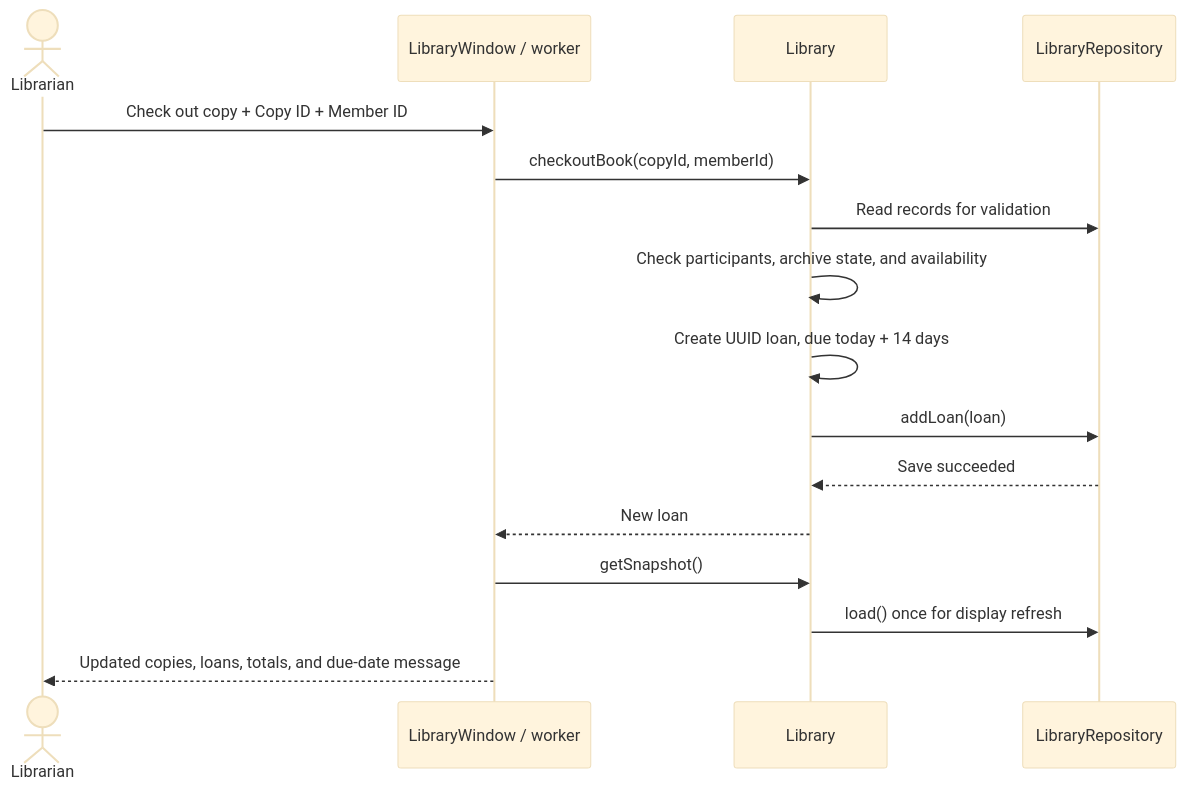
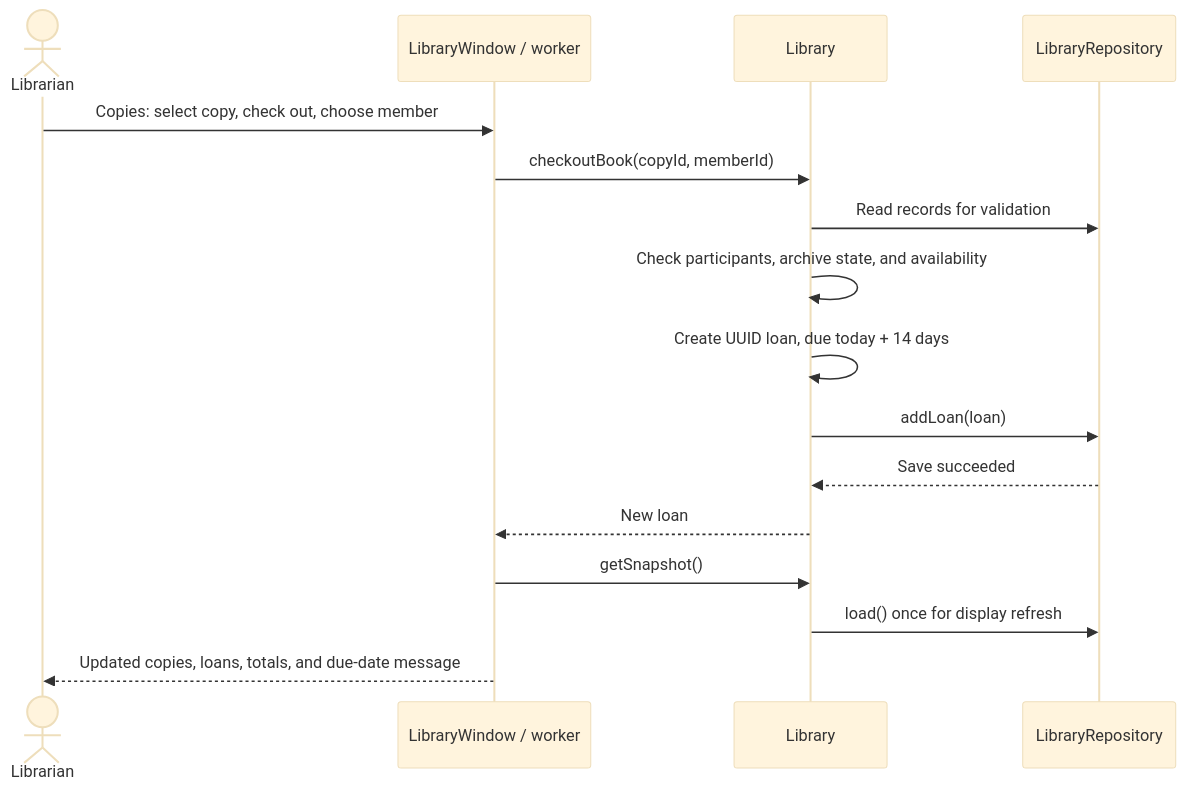
Before and after one commit to danielTongu/library-management-system: the second of 3 diagrams in docs/application-flow.md, drawn with Mermaid (base theme). The commit also changed other lines of this file and 7 other files, not shown here.

````diff
--- a/docs/application-flow.md
+++ b/docs/application-flow.md
@@ -55,18 +57,18 @@
 ```mermaid
 sequenceDiagram
     actor Librarian
     participant UI as LibraryWindow / worker
     participant Library
     participant Repo as LibraryRepository
-    Librarian->>UI: Check out copy + Copy ID + Member ID
+    Librarian->>UI: Copies: select copy, check out, choose member
     UI->>Library: checkoutBook(copyId, memberId)
     Library->>Repo: Read records for validation
     Library->>Library: Check participants, archive state, and availability
     Library->>Library: Create UUID loan, due today + 14 days
     Library->>Repo: addLoan(loan)
     Repo-->>Library: Save succeeded
     Library-->>UI: New loan
     UI->>Library: getSnapshot()
     Library->>Repo: load() once for display refresh
     UI-->>Librarian: Updated copies, loans, totals, and due-date message
 ```
````
